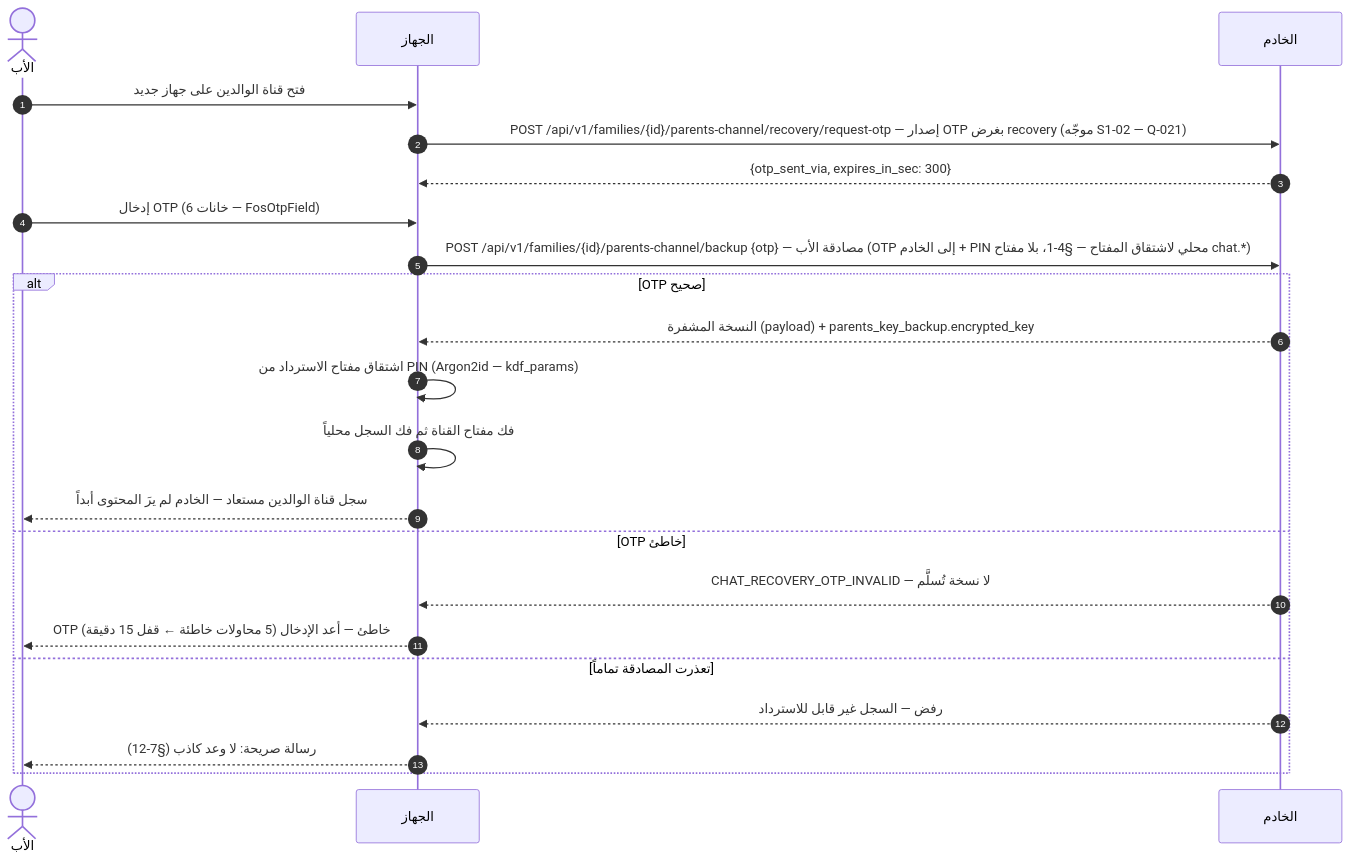
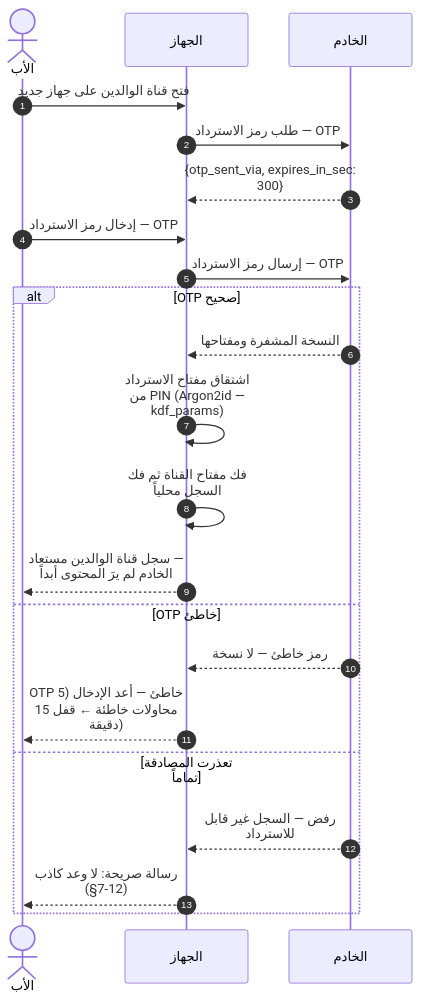
One commit to Bassam-mohammed-alqaeadi/family-os-v2 changed diagram 11 of 27 in docs/family-os/governance/phases/phase-1/S1-08-chat-basic/DIAGRAMS.md. Above: the diagram before and after it, drawn with Mermaid. The commit also changed other lines of this file, not shown here.

````diff
--- a/docs/family-os/governance/phases/phase-1/S1-08-chat-basic/DIAGRAMS.md
+++ b/docs/family-os/governance/phases/phase-1/S1-08-chat-basic/DIAGRAMS.md
@@ -358,24 +474,25 @@
 ```mermaid
+%%{init: {"sequence": {"wrap": true}}}%%
 sequenceDiagram
     autonumber
     actor Father as الأب
     participant Device as الجهاز
     participant Ktor as الخادم
     Father->>Device: فتح قناة الوالدين على جهاز جديد
-    Device->>Ktor: POST /api/v1/families/{id}/parents-channel/recovery/request-otp — إصدار OTP بغرض recovery (موجّه S1-02 — Q-021)
+    Device->>Ktor: طلب رمز الاسترداد — OTP
     Ktor-->>Device: {otp_sent_via, expires_in_sec: 300}
-    Father->>Device: إدخال OTP (6 خانات — FosOtpField)
-    Device->>Ktor: POST /api/v1/families/{id}/parents-channel/backup {otp} — مصادقة الأب (OTP إلى الخادم + PIN محلي لاشتقاق المفتاح — §4-1، بلا مفتاح chat.*)
+    Father->>Device: إدخال رمز الاسترداد — OTP
+    Device->>Ktor: إرسال رمز الاسترداد — OTP
     alt OTP صحيح
-        Ktor-->>Device: النسخة المشفرة (payload) + parents_key_backup.encrypted_key
+        Ktor-->>Device: النسخة المشفرة ومفتاحها
         Device->>Device: اشتقاق مفتاح الاسترداد من PIN (Argon2id — kdf_params)
         Device->>Device: فك مفتاح القناة ثم فك السجل محلياً
         Device-->>Father: سجل قناة الوالدين مستعاد — الخادم لم يرَ المحتوى أبداً
     else OTP خاطئ
-        Ktor-->>Device: CHAT_RECOVERY_OTP_INVALID — لا نسخة تُسلَّم
+        Ktor-->>Device: رمز خاطئ — لا نسخة
         Device-->>Father: OTP خاطئ — أعد الإدخال (5 محاولات خاطئة ← قفل 15 دقيقة)
     else تعذرت المصادقة تماماً
         Ktor-->>Device: رفض — السجل غير قابل للاسترداد
         Device-->>Father: رسالة صريحة: لا وعد كاذب (§7-12)
     end
 ```
````
